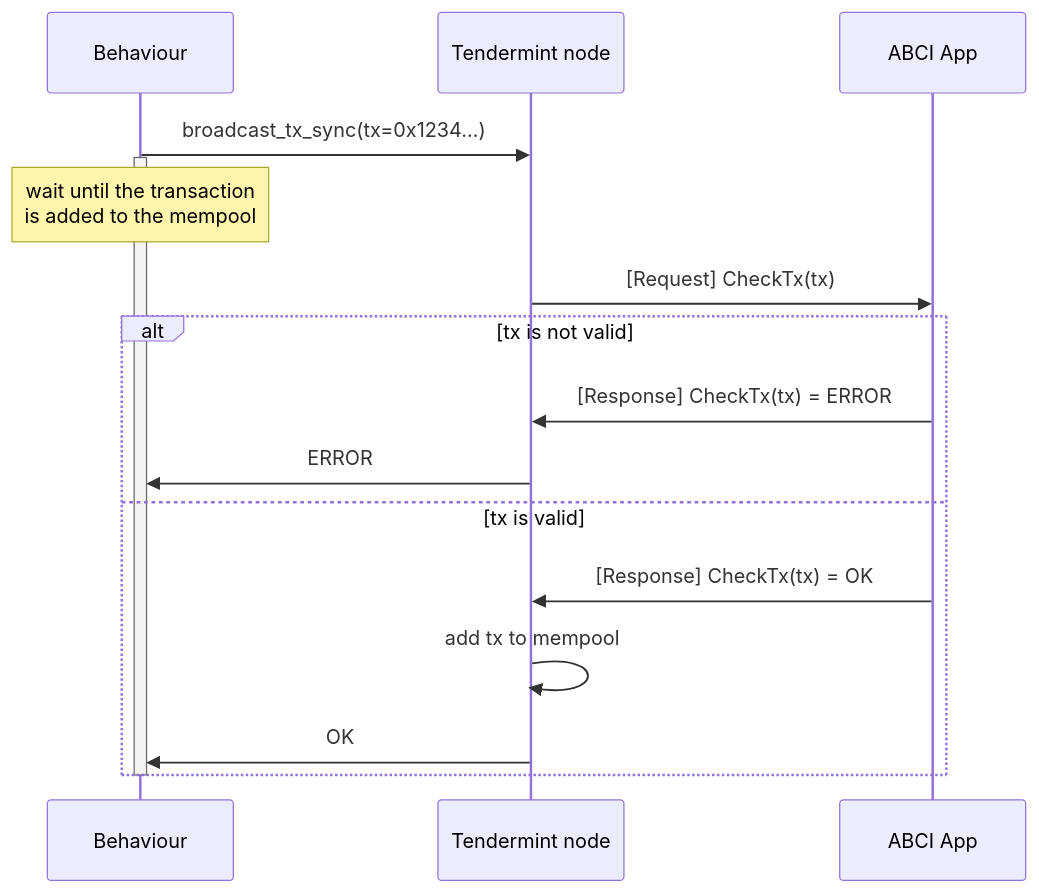
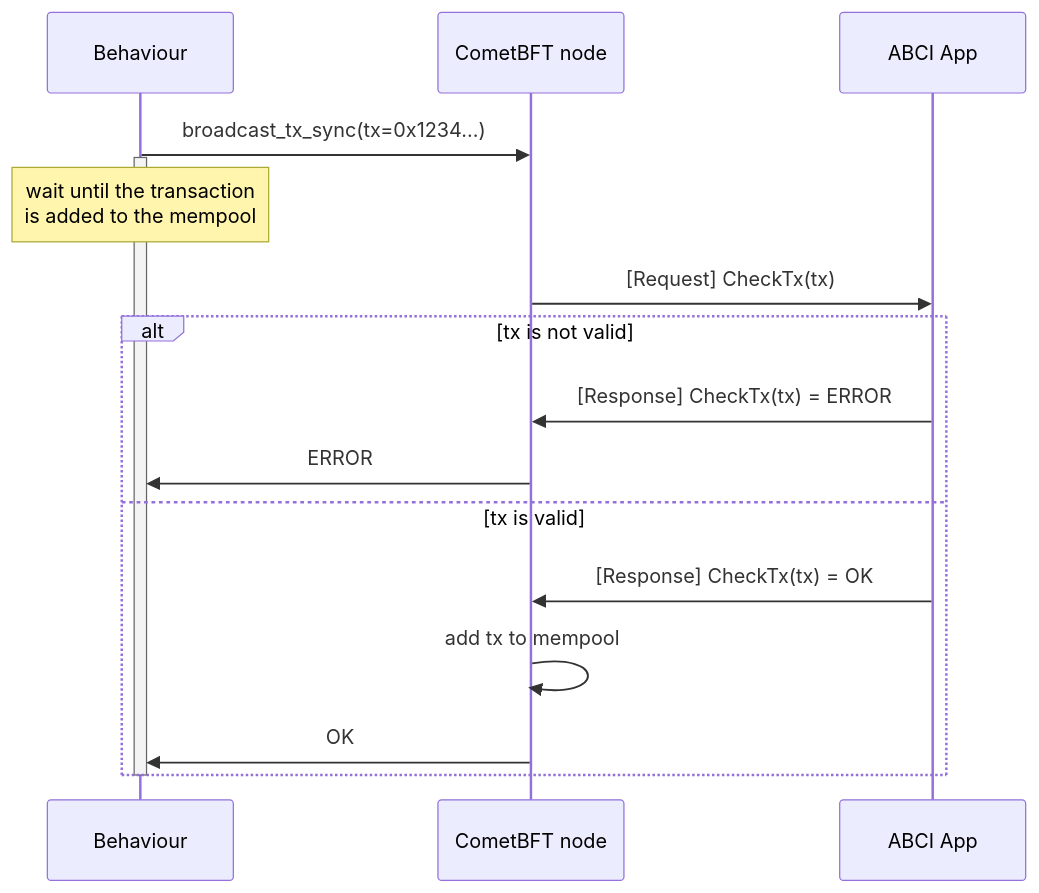
One commit to valory-xyz/open-autonomy changed the first of 4 diagrams in docs/key_concepts/abci.md. Above: the diagram before and after it, drawn with Mermaid. The commit also changed other lines of this file and 15 other files, not shown here.

```diff
--- a/docs/key_concepts/abci.md
+++ b/docs/key_concepts/abci.md
@@ -129,23 +129,23 @@
 <div class="mermaid">
     sequenceDiagram
 
         participant Behaviour
-        participant Tendermint node
+        participant CometBFT node
         participant ABCI App
 
-        Behaviour->>Tendermint node: broadcast_tx_sync(tx=0x1234...)
+        Behaviour->>CometBFT node: broadcast_tx_sync(tx=0x1234...)
         activate Behaviour
         note over Behaviour: wait until the transaction<br/>is added to the mempool
 
-        Tendermint node->>ABCI App: [Request] CheckTx(tx)
+        CometBFT node->>ABCI App: [Request] CheckTx(tx)
         alt tx is not valid
-          ABCI App->>Tendermint node: [Response] CheckTx(tx) = ERROR
-          Tendermint node->>Behaviour: ERROR
+          ABCI App->>CometBFT node: [Response] CheckTx(tx) = ERROR
+          CometBFT node->>Behaviour: ERROR
         else tx is valid
-          ABCI App->>Tendermint node: [Response] CheckTx(tx) = OK
-          Tendermint node->>Tendermint node: add tx to mempool
-          Tendermint node->>Behaviour: OK
+          ABCI App->>CometBFT node: [Response] CheckTx(tx) = OK
+          CometBFT node->>CometBFT node: add tx to mempool
+          CometBFT node->>Behaviour: OK
         end
 
         deactivate Behaviour
 </div>
```
